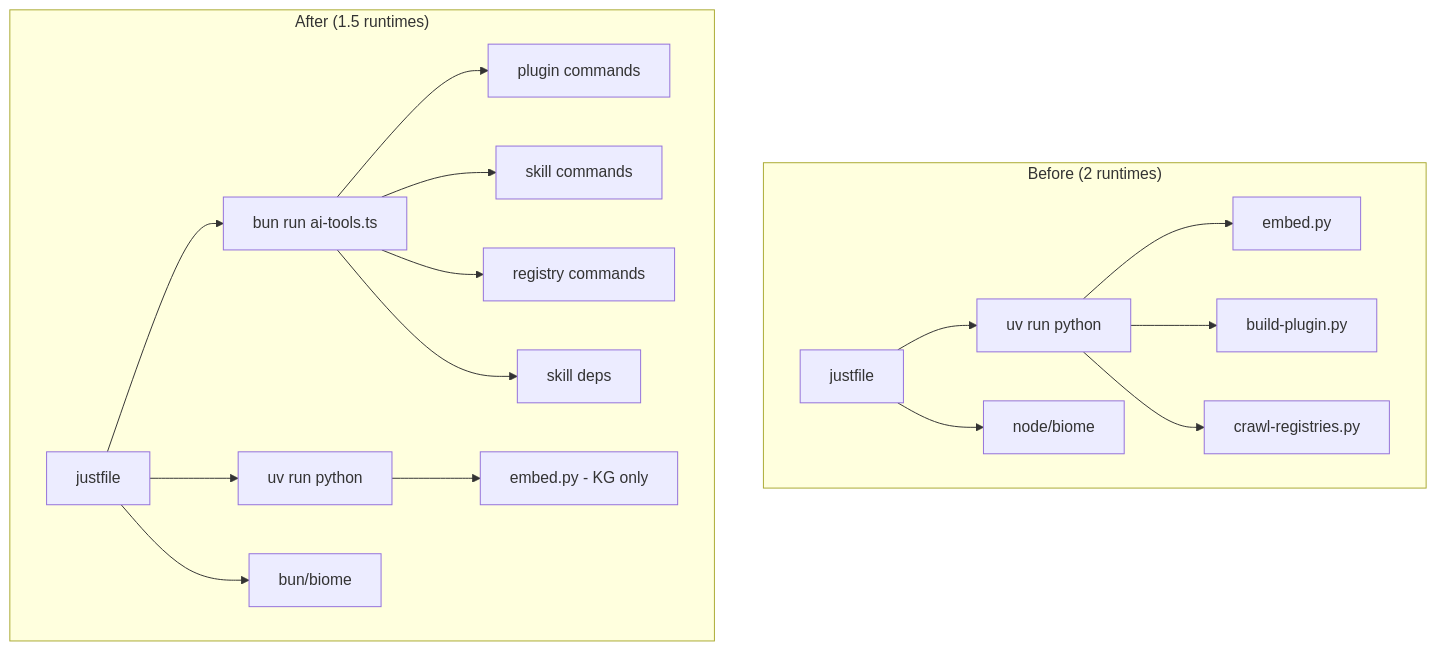
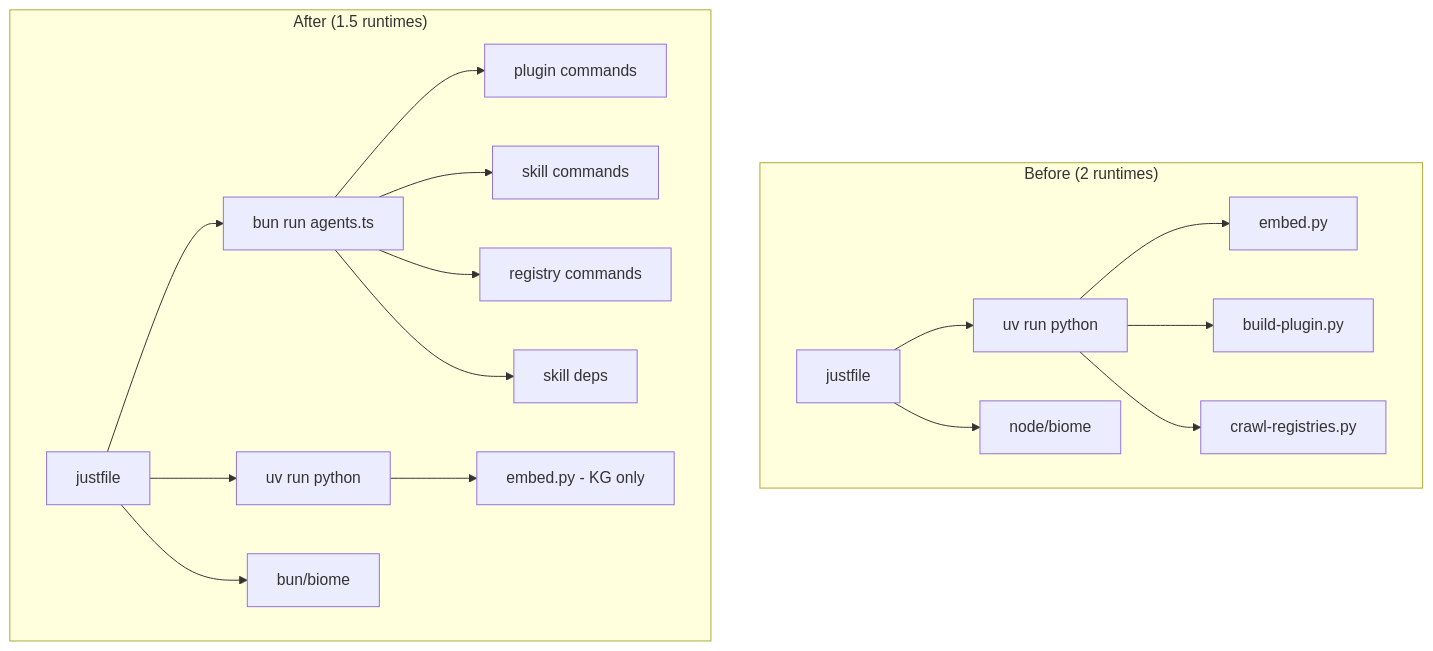
Before and after one commit to aRustyDev/agents: the diagram in docs/src/adr/011-adopt-bun-typescript-for-scripting.md, drawn with Mermaid. The commit also changed 2 other files, not shown here.

Commit message:
docs(adr): add ADR-016 runtime-aware shims for cross-runtime compatibility
Documents the decision to replace Bun-specific APIs with a runtime
detection shim layer (lib/runtime.ts) enabling npm publishing for
both Node.js and Bun users. Also fixes ai-tools → agents rename
in ADR-011 diagram.

````diff
--- a/docs/src/adr/011-adopt-bun-typescript-for-scripting.md
+++ b/docs/src/adr/011-adopt-bun-typescript-for-scripting.md
@@ -73,21 +73,21 @@
 ```mermaid
 graph TD
     subgraph "Before (2 runtimes)"
         J1[justfile] --> UV[uv run python]
         UV --> PY1[embed.py]
         UV --> PY2[build-plugin.py]
         UV --> PY3[crawl-registries.py]
         J1 --> N1[node/biome]
     end
 
     subgraph "After (1.5 runtimes)"
-        J2[justfile] --> BUN[bun run ai-tools.ts]
+        J2[justfile] --> BUN[bun run agents.ts]
         BUN --> TS1[plugin commands]
         BUN --> TS2[skill commands]
         BUN --> TS3[registry commands]
         BUN --> TS4[skill deps]
         J2 --> UV2[uv run python]
         UV2 --> PY4[embed.py - KG only]
         J2 --> N2[bun/biome]
     end
 ```
````
